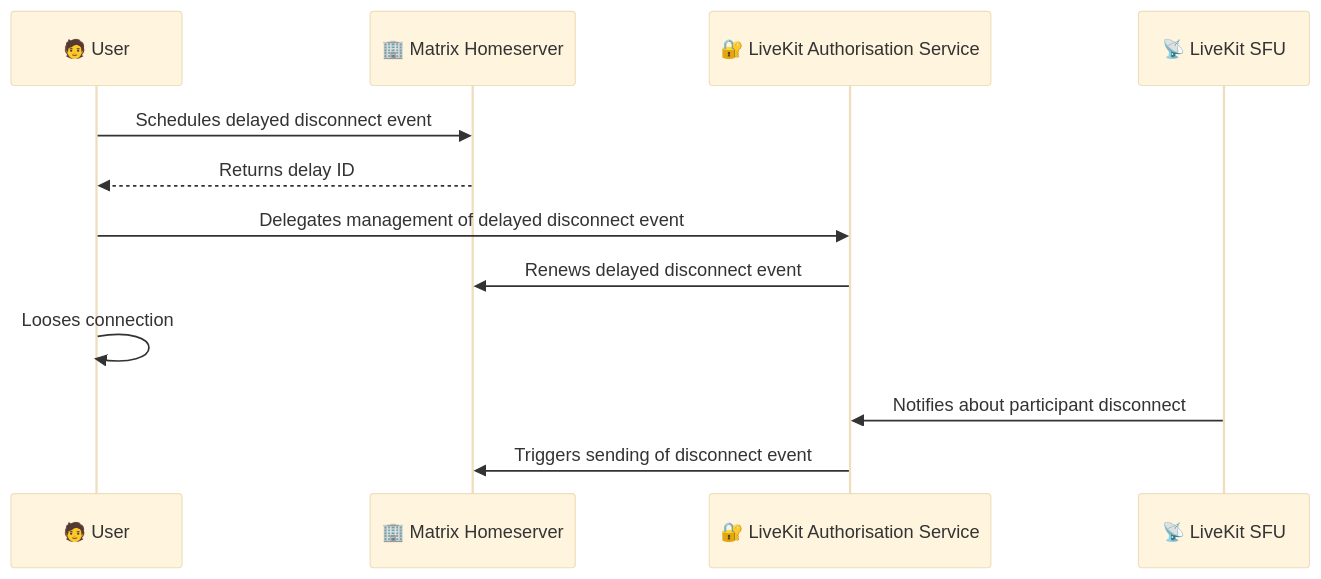
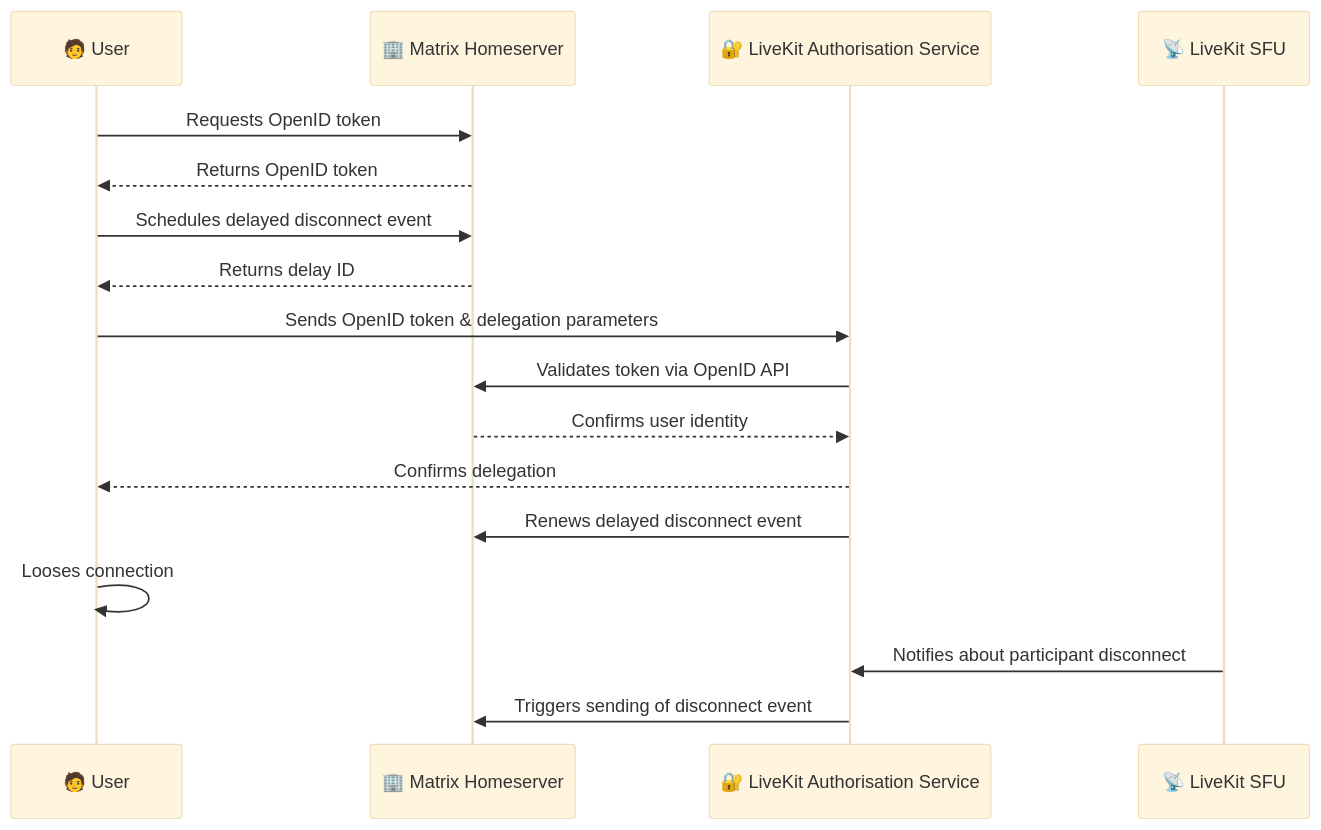
Before and after one commit to matrix-org/matrix-spec-proposals: the second of 2 diagrams in proposals/4195-matrixrtc-livekit.md, drawn with Mermaid (base theme).

Commit message:
Add OpenID steps to delegation chart

````diff
--- a/proposals/4195-matrixrtc-livekit.md
+++ b/proposals/4195-matrixrtc-livekit.md
@@ -288,15 +288,20 @@
 ```mermaid
 sequenceDiagram
     participant U as 🧑 User
     participant M as 🏢 Matrix Homeserver
     participant A as 🔐 LiveKit Authorisation Service
     participant L as 📡 LiveKit SFU
 
+    U->>M: Requests OpenID token
+    M-->>U: Returns OpenID token
     U->>M: Schedules delayed disconnect event
     M-->>U: Returns delay ID
-    U->>A: Delegates management of delayed disconnect event
+    U->>A: Sends OpenID token & delegation parameters
+    A->>M: Validates token via OpenID API
+    M-->>A: Confirms user identity
+    A-->>U: Confirms delegation
     A->>M: Renews delayed disconnect event
     U->>U: Looses connection
     L->>A: Notifies about participant disconnect
     A->>M: Triggers sending of disconnect event
 ```
````
